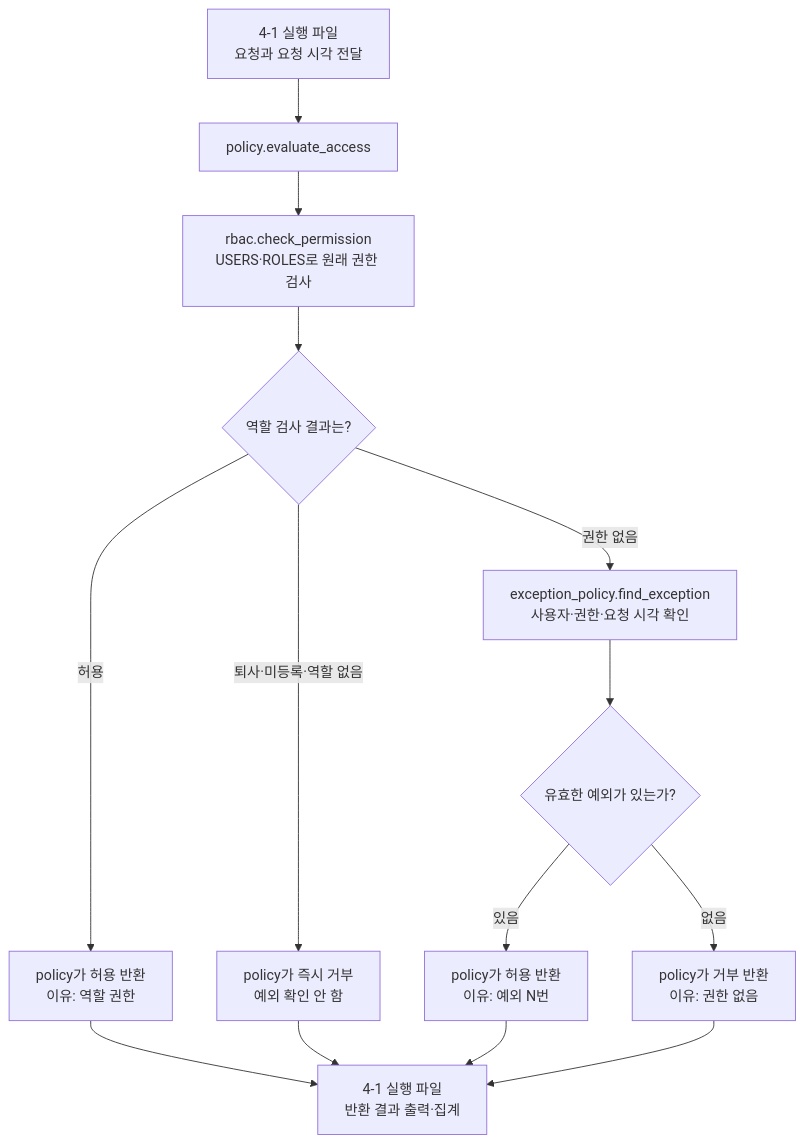
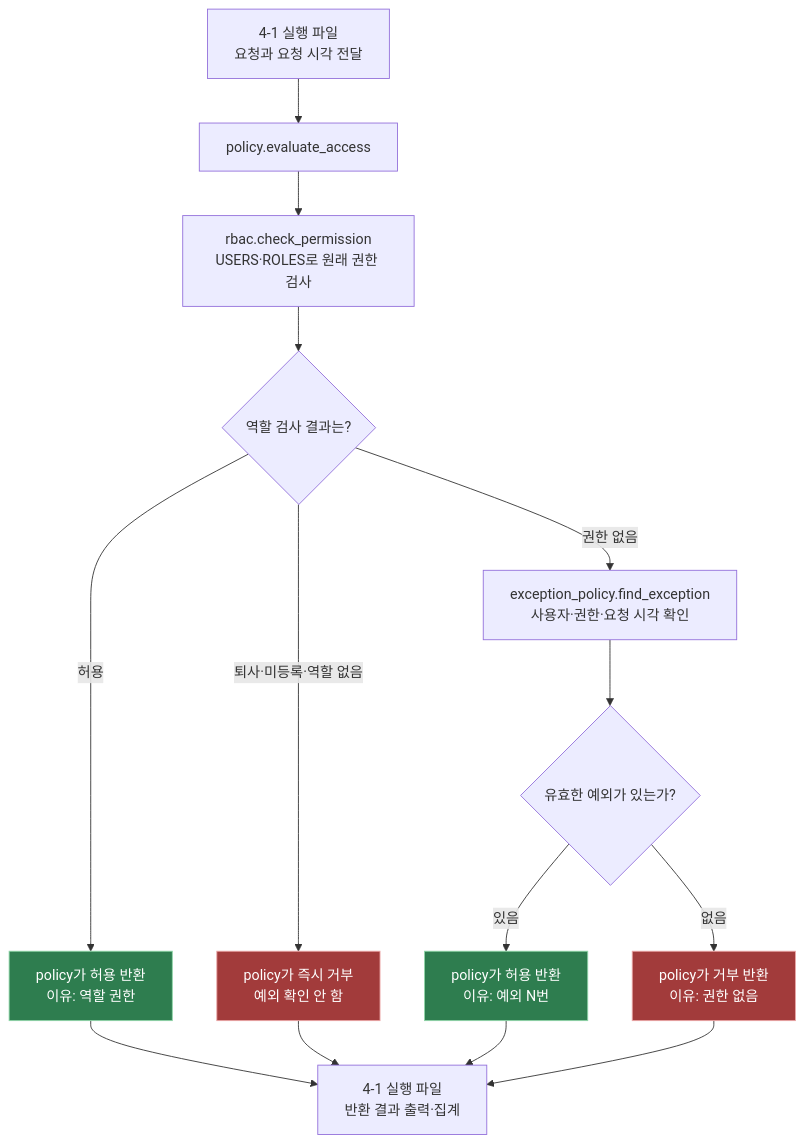
Before and after one commit to eldi96/security-agent-toolkit: the eighth of 10 diagrams in code_review/code_report/10-22_day02.md, drawn with Mermaid. The commit also changed other lines of this file and 19 other files, not shown here.

````diff
--- a/code_review/code_report/10-22_day02.md
+++ b/code_review/code_report/10-22_day02.md
@@ -376,27 +525,31 @@
 ```mermaid
 flowchart TB
     RUN["4-1 실행 파일<br/>요청과 요청 시각 전달"] --> P["policy.evaluate_access"]
     P --> R["rbac.check_permission<br/>USERS·ROLES로 원래 권한 검사"]
     R --> Q{"역할 검사 결과는?"}
     Q -->|허용| YES["policy가 허용 반환<br/>이유: 역할 권한"]
     Q -->|퇴사·미등록·역할 없음| NO["policy가 즉시 거부<br/>예외 확인 안 함"]
     Q -->|권한 없음| X["exception_policy.find_exception<br/>사용자·권한·요청 시각 확인"]
     X --> E{"유효한 예외가 있는가?"}
     E -->|있음| EX["policy가 허용 반환<br/>이유: 예외 N번"]
     E -->|없음| DENY["policy가 거부 반환<br/>이유: 권한 없음"]
     YES --> OUT["4-1 실행 파일<br/>반환 결과 출력·집계"]
     NO --> OUT
     EX --> OUT
     DENY --> OUT
+    classDef allow fill:#2e7d4f,stroke:#8fd6a8,color:#ffffff
+    classDef deny fill:#a23b3b,stroke:#eba6a6,color:#ffffff
+    class YES,EX allow
+    class NO,DENY deny
     click X "../functions/exception_policy.py" "코드 파일 열기"
     click EX "../functions/policy.py" "코드 파일 열기"
     click E "../functions/policy.py" "코드 파일 열기"
     click Q "../functions/policy.py" "코드 파일 열기"
     click P "../functions/policy.py" "코드 파일 열기"
     click DENY "../functions/policy.py" "코드 파일 열기"
     click RUN "../run/day02_4-1_run.py" "코드 파일 열기"
     click NO "../functions/policy.py" "코드 파일 열기"
     click YES "../functions/policy.py" "코드 파일 열기"
     click OUT "../run/day02_4-1_run.py" "코드 파일 열기"
     click R "../functions/rbac.py" "코드 파일 열기"
 ```
````
